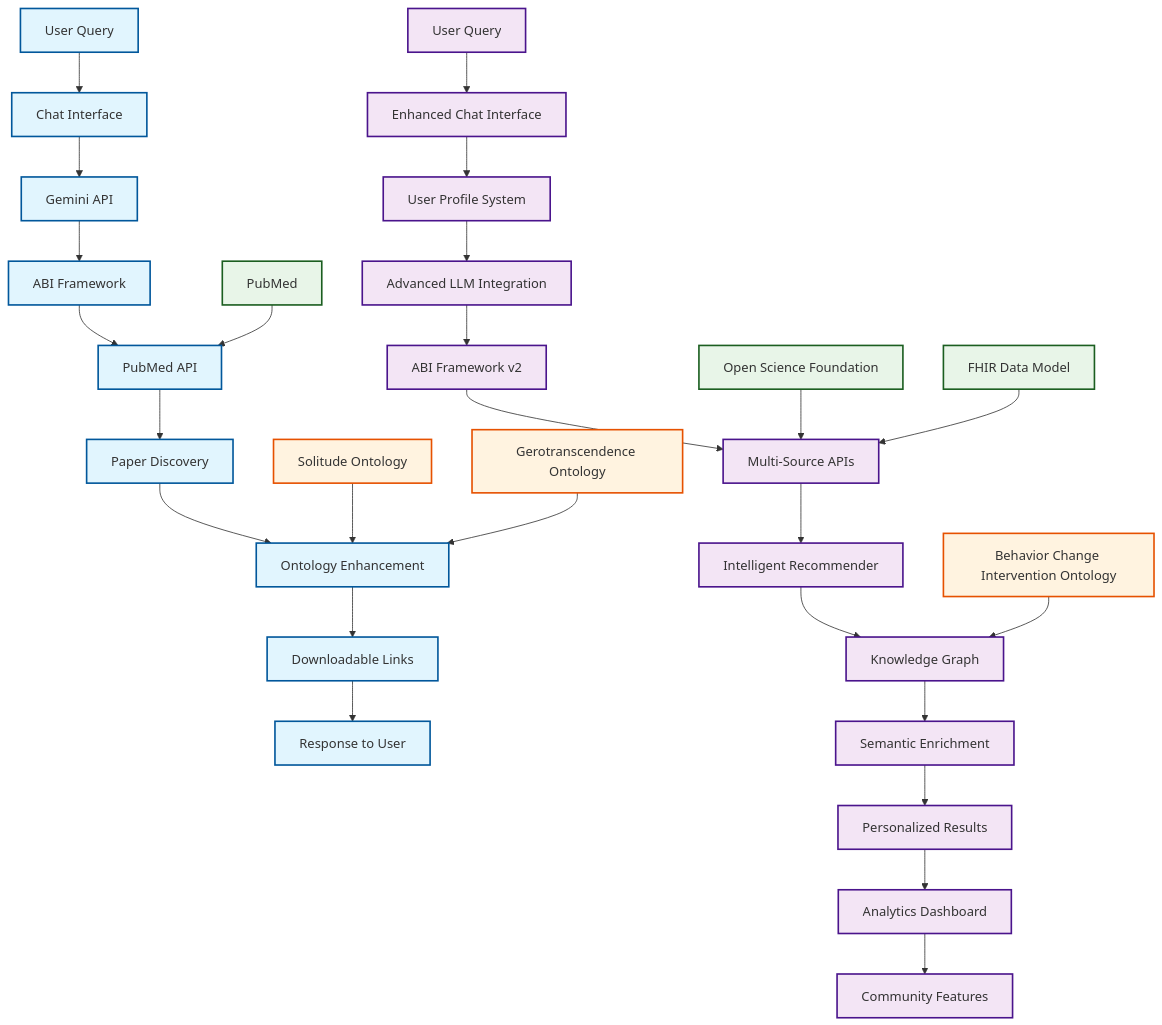
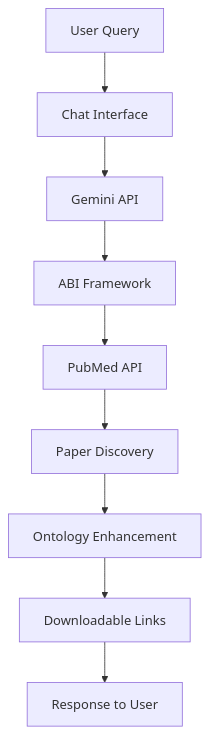
The second of 2 diagrams in docs/resources/portal-development.md (NCOR-Organization/HealthyPhases), drawn with Mermaid before and after one commit. The commit also changed other lines of this file and 2 other files, not shown here.

Commit message:
Fix Mermaid diagram configuration and add test diagram
- Update Mermaid plugin configuration to use proper function syntax with theme settings
- Add simple test diagram to verify Mermaid rendering works
- Simplify main architecture diagram to basic flowchart format
- Use both 'graph TD' and 'flowchart TD' syntax for compatibility testing
- Build passes successfully - ready to test Mermaid rendering in browser

````diff
--- a/docs/resources/portal-development.md
+++ b/docs/resources/portal-development.md
@@ -61,41 +68,11 @@
 ```mermaid
-graph TD
+flowchart TD
     A[User Query] --> B[Chat Interface]
     B --> C[Gemini API]
     C --> D[ABI Framework]
     D --> E[PubMed API]
     E --> F[Paper Discovery]
     F --> G[Ontology Enhancement]
     G --> H[Downloadable Links]
     H --> I[Response to User]
-    
-    J[User Query] --> K[Enhanced Chat Interface]
-    K --> L[User Profile System]
-    L --> M[Advanced LLM Integration]
-    M --> N[ABI Framework v2]
-    N --> O[Multi-Source APIs]
-    O --> P[Intelligent Recommender]
-    P --> Q[Knowledge Graph]
-    Q --> R[Semantic Enrichment]
-    R --> S[Personalized Results]
-    S --> T[Analytics Dashboard]
-    T --> U[Community Features]
-    
-    V[PubMed] --> E
-    W[Open Science Foundation] --> O
-    X[FHIR Data Model] --> O
-    
-    Y[Solitude Ontology] --> G
-    Z[Gerotranscendence Ontology] --> G
-    AA[Behavior Change Intervention Ontology] --> Q
-    
-    classDef current fill:#e1f5fe,stroke:#01579b,stroke-width:2px
-    classDef target fill:#f3e5f5,stroke:#4a148c,stroke-width:2px
-    classDef data fill:#e8f5e8,stroke:#1b5e20,stroke-width:2px
-    classDef ontology fill:#fff3e0,stroke:#e65100,stroke-width:2px
-    
-    class A,B,C,D,E,F,G,H,I current
-    class J,K,L,M,N,O,P,Q,R,S,T,U target
-    class V,W,X data
-    class Y,Z,AA ontology
 ```
````
